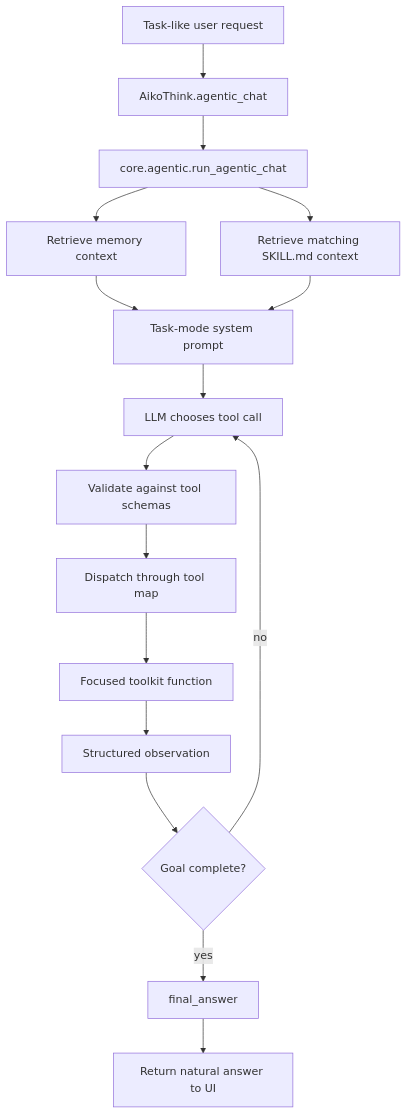
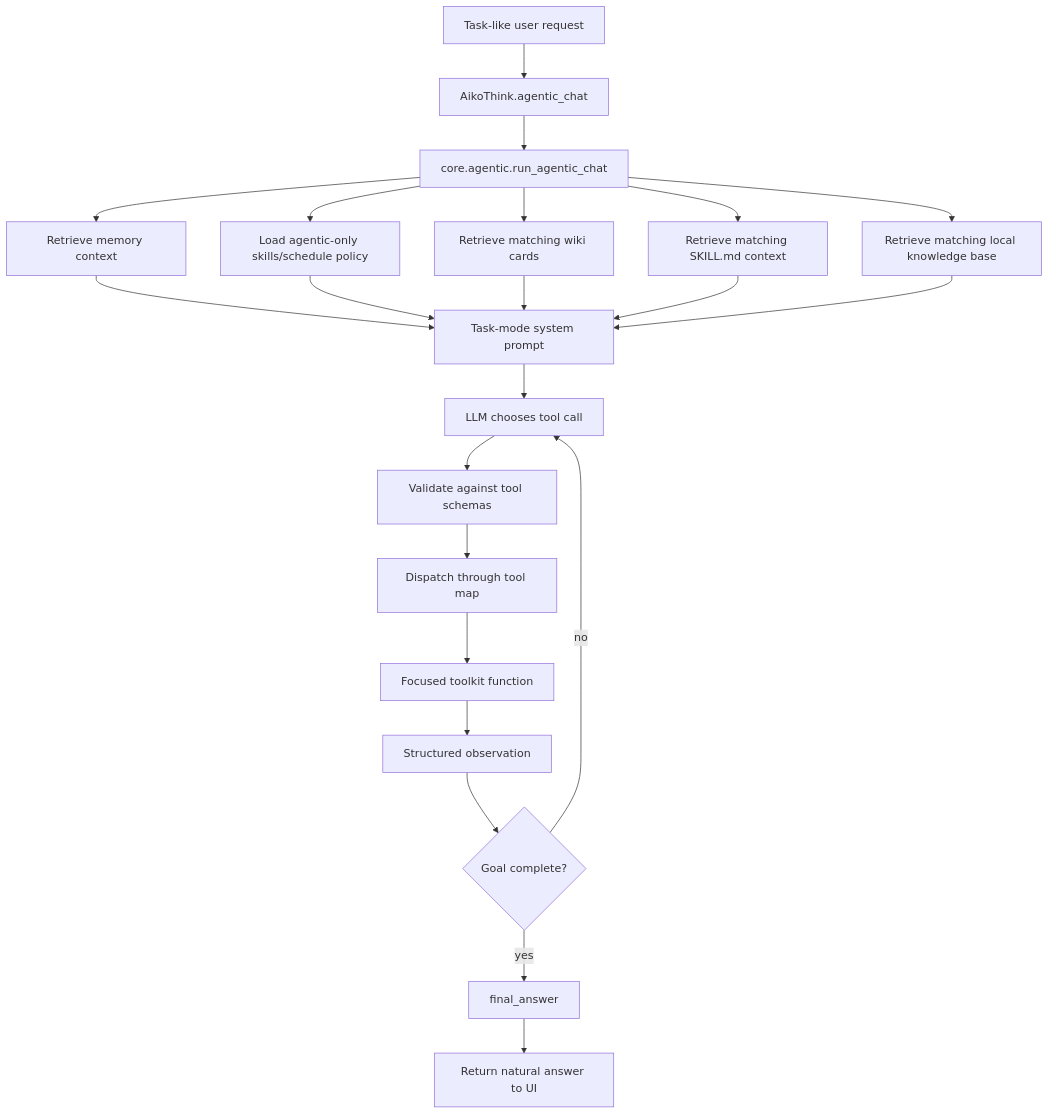
The seventh of 7 diagrams in docs/ARCHITECTURE.md (OppaAI/Aiko-chan), drawn with Mermaid before and after one commit. The commit also changed other lines of this file and 8 other files, not shown here.

````diff
--- a/docs/ARCHITECTURE.md
+++ b/docs/ARCHITECTURE.md
@@ -239,18 +248,24 @@
 ```mermaid
 flowchart TD
     TaskInput[Task-like user request] --> Owner[AikoThink.agentic_chat]
     Owner --> Agent[core.agentic.run_agentic_chat]
     Agent --> Mem[Retrieve memory context]
+    Agent --> Policy[Load agentic-only skills/schedule policy]
+    Agent --> Wiki[Retrieve matching wiki cards]
     Agent --> Skill[Retrieve matching SKILL.md context]
+    Agent --> Knowledge[Retrieve matching local knowledge base]
     Mem --> Prompt[Task-mode system prompt]
+    Policy --> Prompt
+    Wiki --> Prompt
     Skill --> Prompt
+    Knowledge --> Prompt
     Prompt --> Model[LLM chooses tool call]
     Model --> Schema[Validate against tool schemas]
     Schema --> Dispatch[Dispatch through tool map]
     Dispatch --> Toolkit[Focused toolkit function]
     Toolkit --> Obs[Structured observation]
     Obs --> Decide{Goal complete?}
     Decide -->|no| Model
     Decide -->|yes| Final[final_answer]
     Final --> Stream[Return natural answer to UI]
 ```
````
